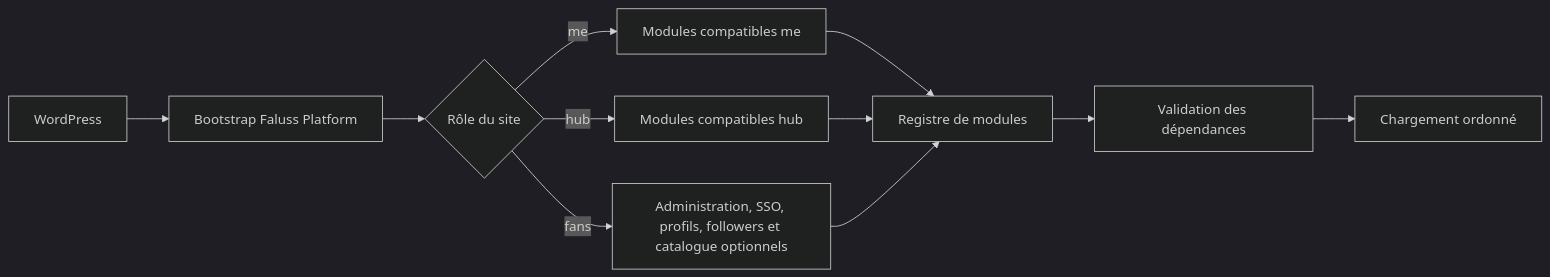
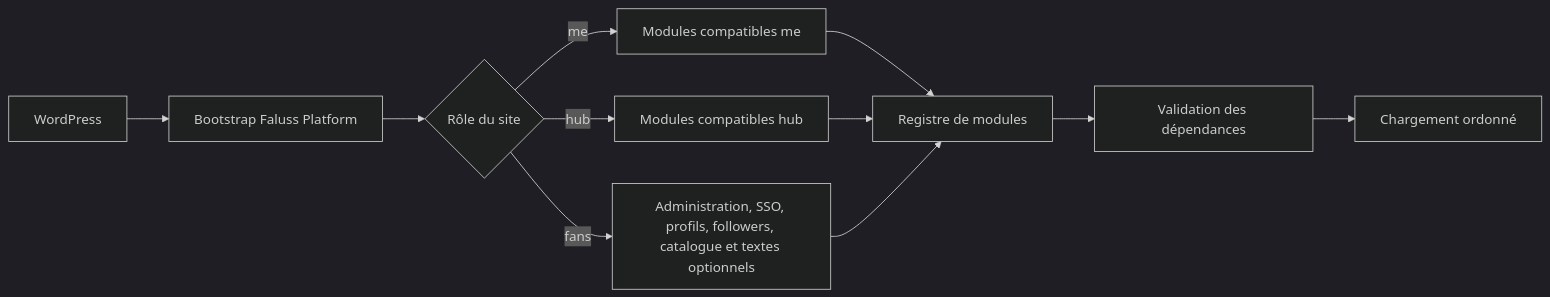
One commit to Alternative-LAB/faluss-platform changed the diagram in docs/ARCHITECTURE.md. Above: the diagram before and after it, drawn with Mermaid (dark theme). The commit also changed other lines of this file and 15 other files, not shown here.

````diff
--- a/docs/ARCHITECTURE.md
+++ b/docs/ARCHITECTURE.md
@@ -5,13 +5,13 @@
 ```mermaid
 flowchart LR
     WP[WordPress] --> Bootstrap[Bootstrap Faluss Platform]
     Bootstrap --> Role{Rôle du site}
     Role -->|me| Me[Modules compatibles me]
     Role -->|hub| Hub[Modules compatibles hub]
-    Role -->|fans| Fans[Administration, SSO, profils, followers et catalogue optionnels]
+    Role -->|fans| Fans[Administration, SSO, profils, followers, catalogue et textes optionnels]
     Me --> Registry[Registre de modules]
     Hub --> Registry
     Fans --> Registry
     Registry --> Checks[Validation des dépendances]
     Checks --> Boot[Chargement ordonné]
 ```
````
